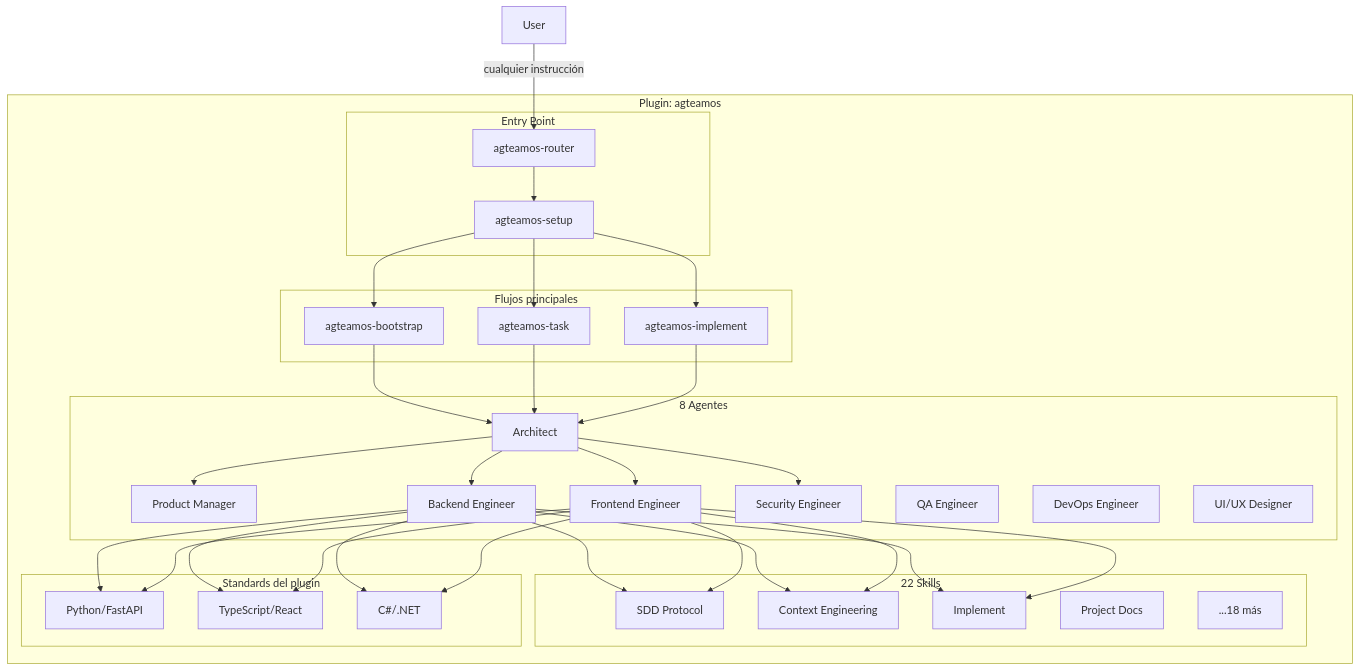
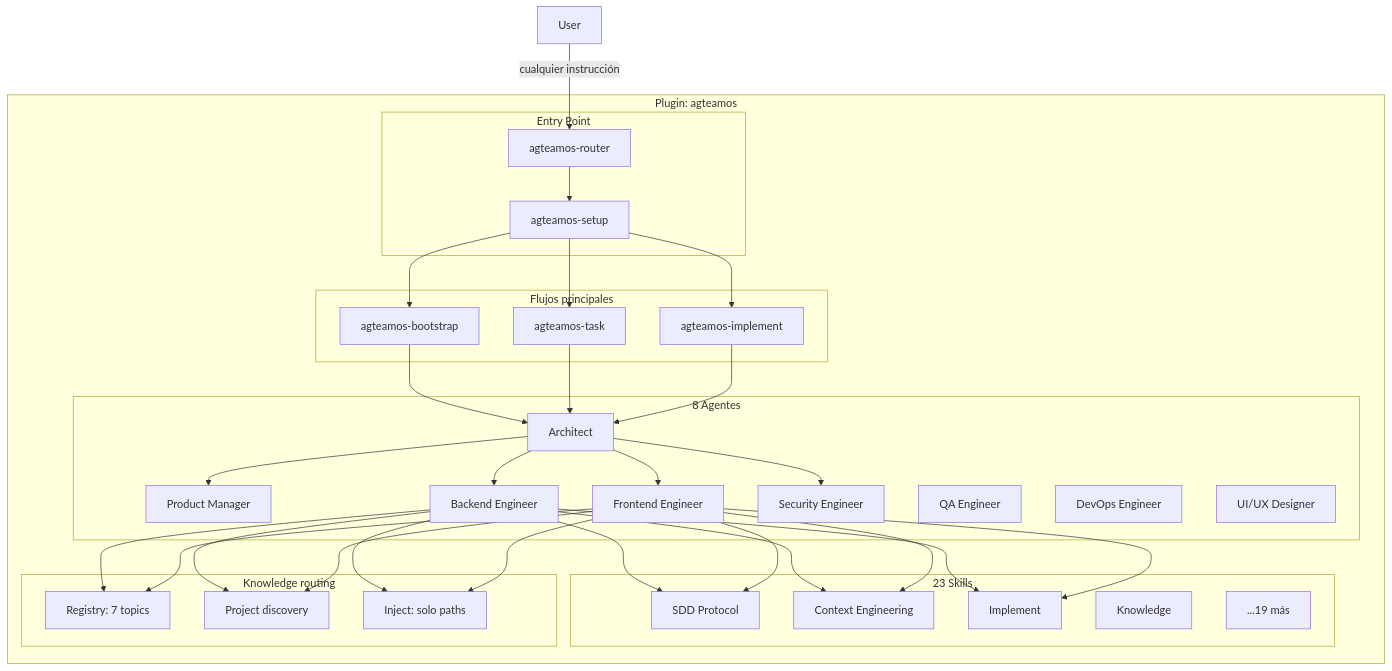
The second of 2 diagrams in agteamos/docs/conceptos/filosofia-y-arquitectura.md (EJBereguete/claude-plugins), drawn with Mermaid before and after one commit. The commit also changed other lines of this file and 135 other files, not shown here.

````diff
--- a/agteamos/docs/conceptos/filosofia-y-arquitectura.md
+++ b/agteamos/docs/conceptos/filosofia-y-arquitectura.md
@@ -76,48 +87,48 @@
 ```mermaid
 graph TB
     subgraph "Plugin: agteamos"
         subgraph "Entry Point"
             RC[agteamos-router]
             SU[agteamos-setup]
         end
 
         subgraph "Flujos principales"
             W1[agteamos-bootstrap]
             W2[agteamos-task]
             W3[agteamos-implement]
         end
 
         subgraph "8 Agentes"
             A1[Architect]
             A2[Product Manager]
             A3[Backend Engineer]
             A4[Frontend Engineer]
             A5[Security Engineer]
             A6[QA Engineer]
             A7[DevOps Engineer]
             A8[UI/UX Designer]
         end
 
-        subgraph "22 Skills"
+        subgraph "23 Skills"
             S1[SDD Protocol]
             S2[Context Engineering]
             S3[Implement]
-            S4[Project Docs]
-            S5[...18 más]
+            S4[Knowledge]
+            S5[...19 más]
         end
 
-        subgraph "Standards del plugin"
-            ST1[Python/FastAPI]
-            ST2[TypeScript/React]
-            ST3[C#/.NET]
+        subgraph "Knowledge routing"
+            ST1[Registry: 7 topics]
+            ST2[Project discovery]
+            ST3[Inject: solo paths]
         end
     end
 
     User -->|cualquier instrucción| RC
     RC --> SU
     SU --> W1 & W2 & W3
     W1 & W2 & W3 --> A1
     A1 --> A2 & A3 & A4 & A5
     A3 & A4 --> S1 & S2 & S3
     A3 & A4 --> ST1 & ST2 & ST3
 ```
````
